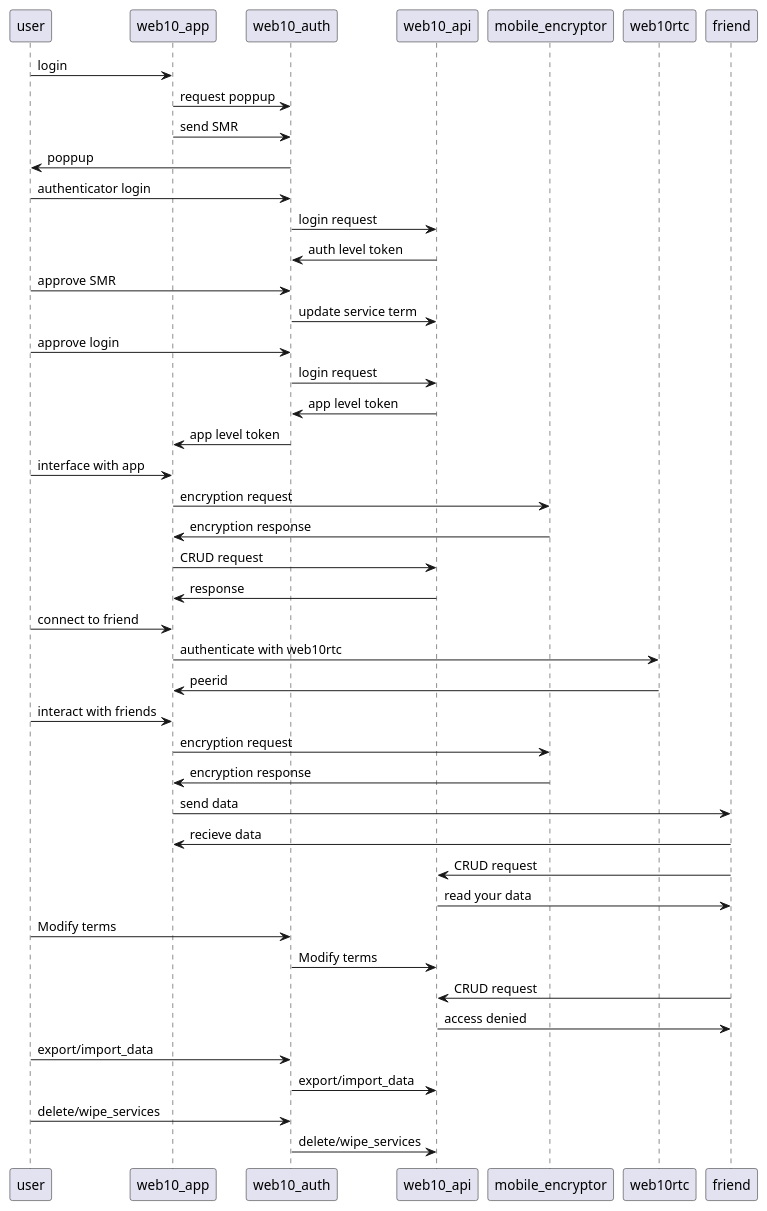
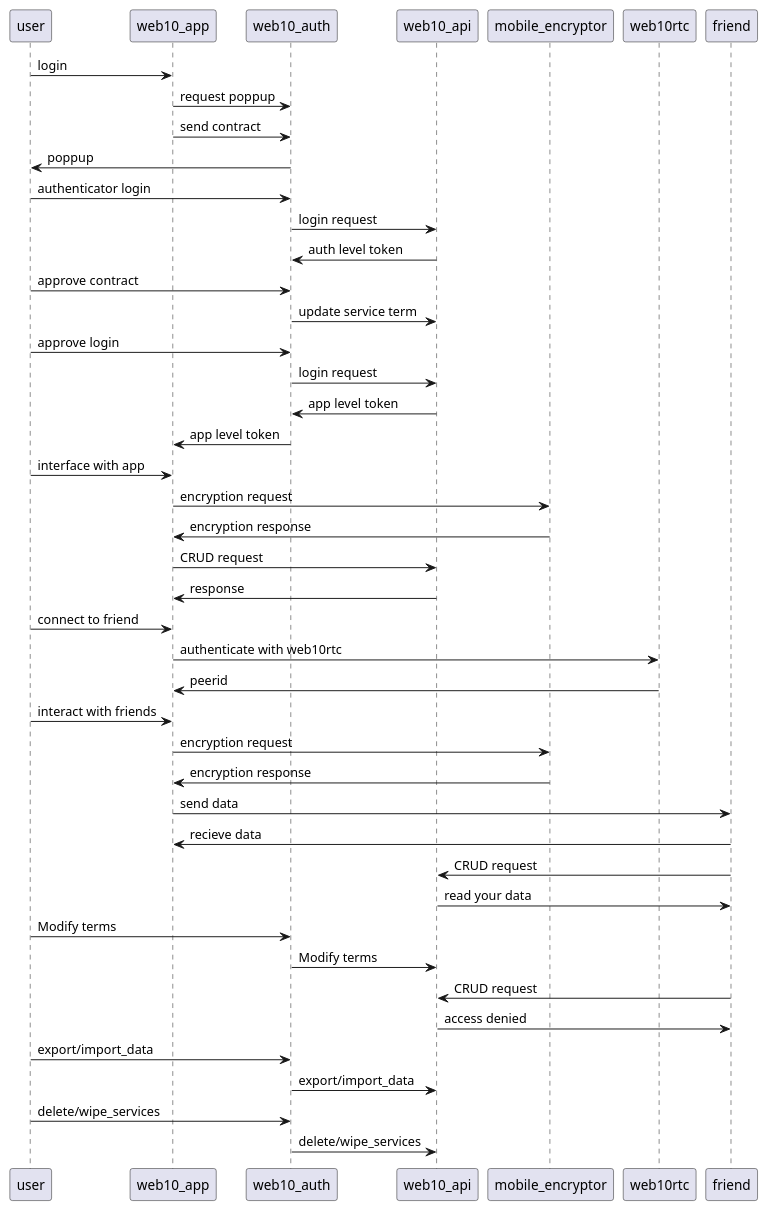
One commit to jacoby149/web10 changed the diagram in sdk/figures/interactions.puml. Above: the diagram before and after it, drawn with PlantUML. The commit also changed 51 other files, not shown here.

First line of the commit message:
ref(sdk+ui+social+api+kb): SMR → Contract rename — verbose names throughout

```diff
--- a/sdk/figures/interactions.puml
+++ b/sdk/figures/interactions.puml
@@ -1,39 +1,39 @@
 @startuml
 user-> web10_app : login
 web10_app->web10_auth:request poppup
-web10_app->web10_auth:send SMR
+web10_app->web10_auth:send contract
 web10_auth->user:poppup
 user->web10_auth: authenticator login
 web10_auth -> web10_api : login request
 web10_api -> web10_auth : auth level token
-user->web10_auth : approve SMR
+user->web10_auth : approve contract
 web10_auth -> web10_api : update service term
 user-> web10_auth : approve login
 web10_auth -> web10_api : login request
 web10_api -> web10_auth : app level token
 web10_auth -> web10_app : app level token
 user-> web10_app : interface with app
 web10_app-> mobile_encryptor : encryption request
 mobile_encryptor->web10_app : encryption response
 web10_app -> web10_api : CRUD request
 web10_api -> web10_app : response
 user -> web10_app : connect to friend
 web10_app -> web10rtc : authenticate with web10rtc
 web10rtc -> web10_app : peerid
 user -> web10_app : interact with friends
 web10_app-> mobile_encryptor : encryption request
 mobile_encryptor->web10_app : encryption response
 web10_app -> friend : send data
 friend -> web10_app : recieve data
 friend -> web10_api : CRUD request
 web10_api -> friend : read your data
 user -> web10_auth : Modify terms
 web10_auth-> web10_api : Modify terms
 friend -> web10_api : CRUD request
 web10_api -> friend : access denied
 user -> web10_auth : export/import_data
 web10_auth -> web10_api : export/import_data
 user -> web10_auth : delete/wipe_services
 web10_auth -> web10_api : delete/wipe_services
 
 @enduml
```
